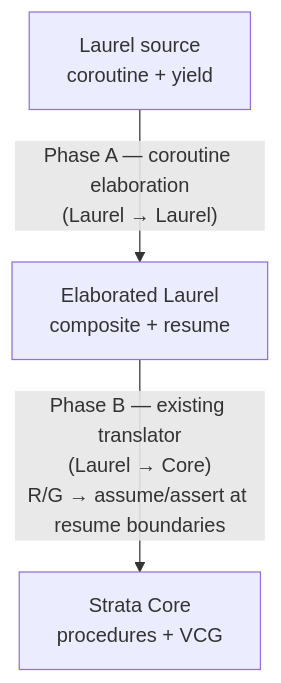
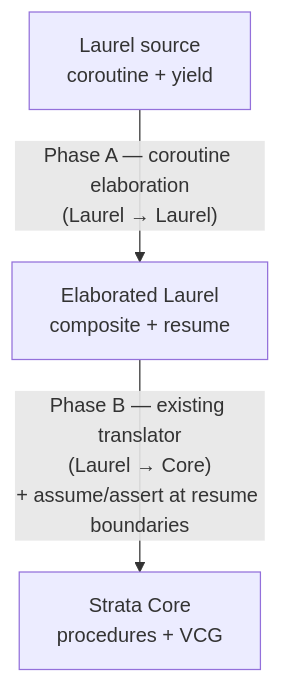
The diagram in docs/YieldConcurrency.md (AD1024/Strata), drawn with Mermaid before and after one commit. The commit also changed other lines of this file and 8 other files, not shown here.

````diff
--- a/docs/YieldConcurrency.md
+++ b/docs/YieldConcurrency.md
@@ -131,9 +168,9 @@
 ```mermaid
 flowchart TD
     src["Laurel source<br/>coroutine + yield"]
     elab["Elaborated Laurel<br/>composite + resume"]
     core["Strata Core<br/>procedures + VCG"]
 
     src  -- "Phase A — coroutine elaboration<br/>(Laurel → Laurel)" --> elab
-    elab -- "Phase B — existing translator<br/>(Laurel → Core)<br/>R/G → assume/assert at resume boundaries" --> core
+    elab -- "Phase B — existing translator<br/>(Laurel → Core)<br/>+ assume/assert at resume boundaries" --> core
 ```
````
